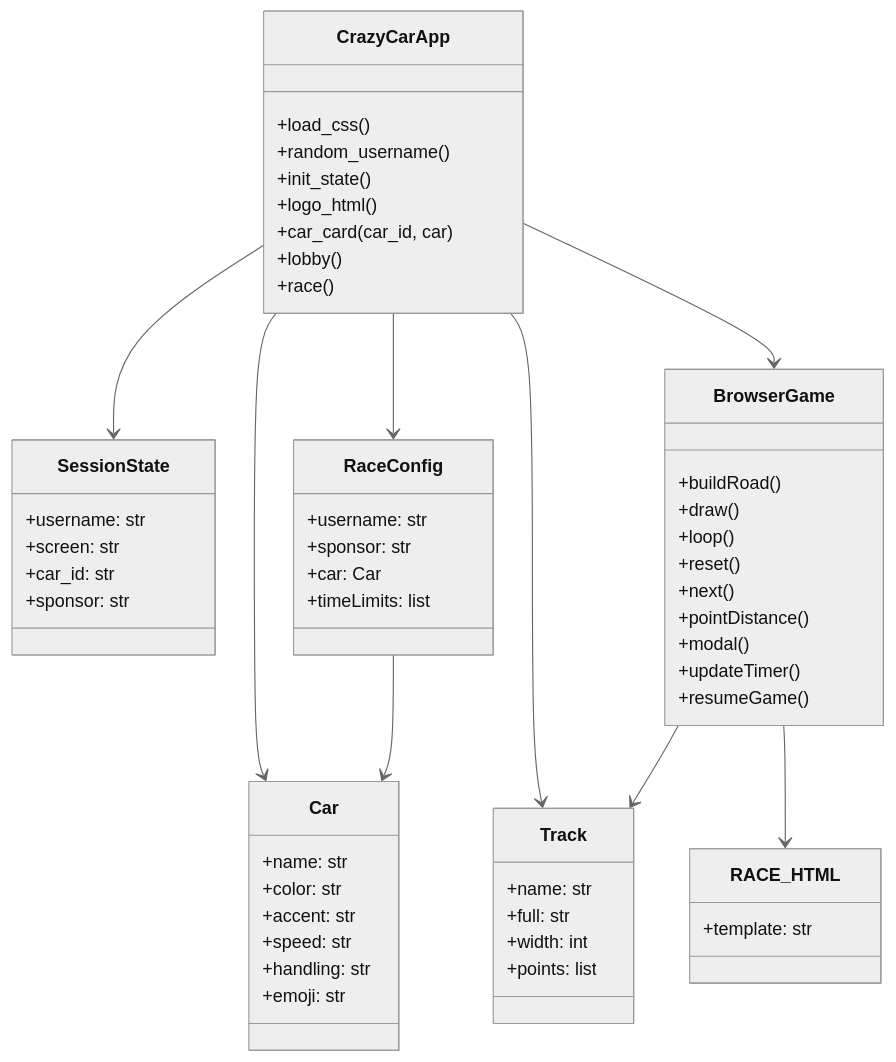
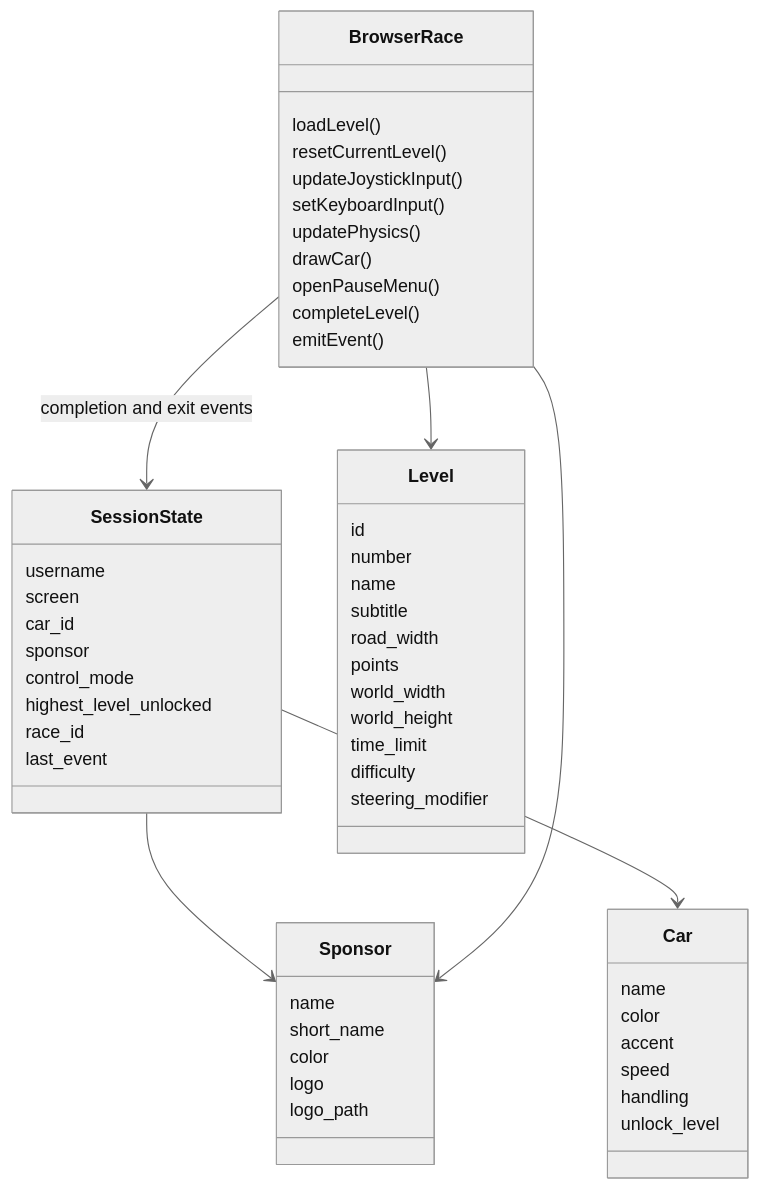
One commit to DKxi/CrazyCarDevelopment changed the diagram in md/class.md. Above: the diagram before and after it, drawn with Mermaid (neutral theme). The commit also changed 25 other files, not shown here.

````diff
--- a/md/class.md
+++ b/md/class.md
@@ -1,66 +5,57 @@
 ```mermaid
----
-references:
-  - "File: /CrazyCar/app.py"
----
 classDiagram
-    class CrazyCarApp {
-        +load_css()
-        +random_username()
-        +init_state()
-        +logo_html()
-        +car_card(car_id, car)
-        +lobby()
-        +race()
+    class SessionState {
+        username
+        screen
+        car_id
+        sponsor
+        control_mode
+        highest_level_unlocked
+        race_id
+        last_event
     }
-    class SessionState {
-        +username: str
-        +screen: str
-        +car_id: str
-        +sponsor: str
+    class Level {
+        id
+        number
+        name
+        subtitle
+        road_width
+        points
+        world_width
+        world_height
+        time_limit
+        difficulty
+        steering_modifier
     }
     class Car {
-        +name: str
-        +color: str
-        +accent: str
-        +speed: str
-        +handling: str
-        +emoji: str
+        name
+        color
+        accent
+        speed
+        handling
+        unlock_level
     }
-    class Track {
-        +name: str
-        +full: str
-        +width: int
-        +points: list
+    class Sponsor {
+        name
+        short_name
+        color
+        logo
+        logo_path
     }
-    class BrowserGame {
-        +buildRoad()
-        +draw()
-        +loop()
-        +reset()
-        +next()
-        +pointDistance()
-        +modal()
-        +updateTimer()
-        +resumeGame()
+    class BrowserRace {
+        loadLevel()
+        resetCurrentLevel()
+        updateJoystickInput()
+        setKeyboardInput()
+        updatePhysics()
+        drawCar()
+        openPauseMenu()
+        completeLevel()
+        emitEvent()
     }
-    class RaceConfig {
-        +username: str
-        +sponsor: str
-        +car: Car
-        +timeLimits: list
-    }
-    class RACE_HTML {
-        +template: str
-    }
-
-    CrazyCarApp --> SessionState
-    CrazyCarApp --> Car
-    CrazyCarApp --> Track
-    CrazyCarApp --> BrowserGame
-    CrazyCarApp --> RaceConfig
-    BrowserGame --> Track
-    BrowserGame --> RACE_HTML
-    RaceConfig --> Car
-
+    SessionState --> Car
+    SessionState --> Sponsor
+    BrowserRace --> Level
+    BrowserRace --> Sponsor
+    BrowserRace --> SessionState : completion and exit events
 ```
````
